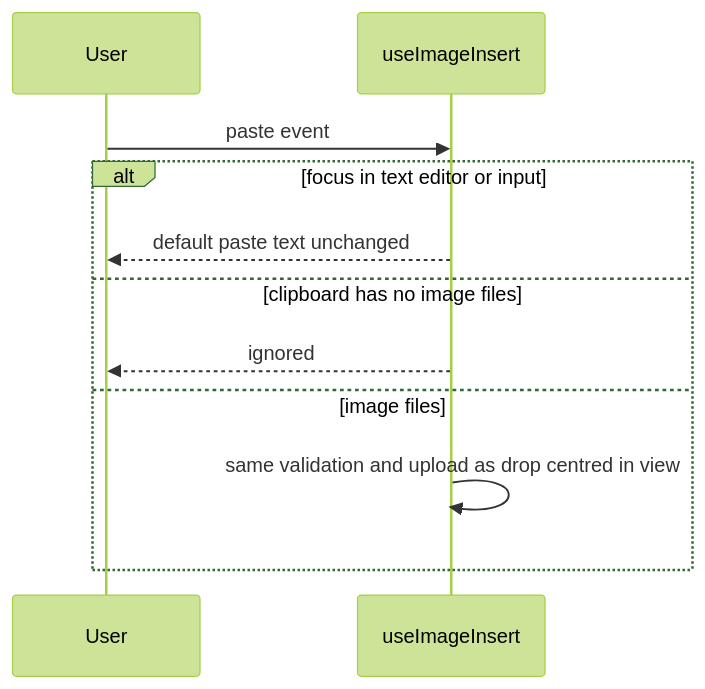
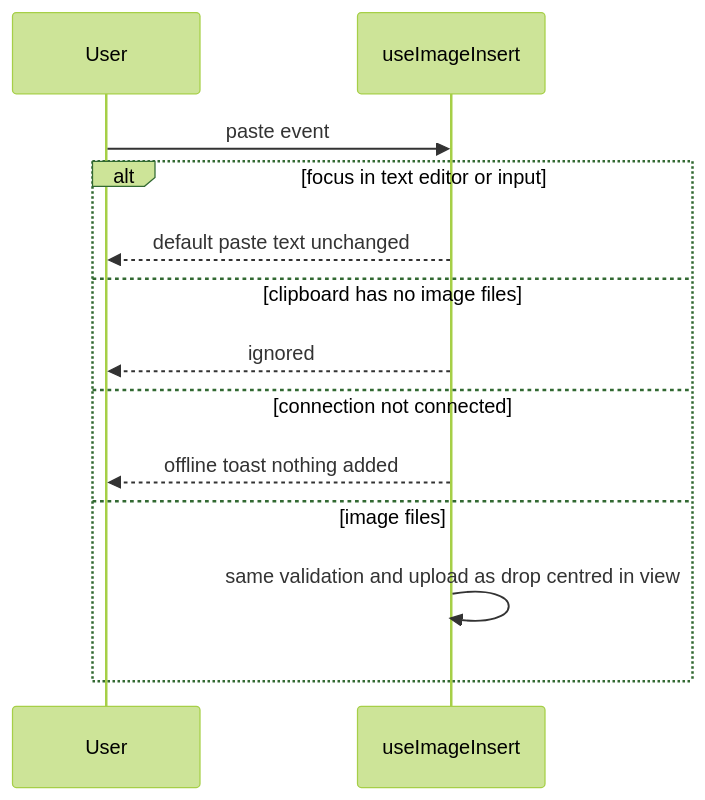
Before and after one commit to boxabirds/awesome-local-ai: the eighth of 8 diagrams in benchmarks/vidi/spec/stories/012-drop-images-onto-the-board/design.md, drawn with Mermaid (forest theme). The commit also changed other lines of this file and 69 other files, not shown here.

````diff
--- a/benchmarks/vidi/spec/stories/012-drop-images-onto-the-board/design.md
+++ b/benchmarks/vidi/spec/stories/012-drop-images-onto-the-board/design.md
@@ -211,13 +256,15 @@
 ```mermaid
 sequenceDiagram
     participant U as User
     participant I as useImageInsert
     U->>I: paste event
     alt focus in text editor or input
         I-->>U: default paste text unchanged
     else clipboard has no image files
         I-->>U: ignored
+    else connection not connected
+        I-->>U: offline toast nothing added
     else image files
         I->>I: same validation and upload as drop centred in view
     end
 ```
````
